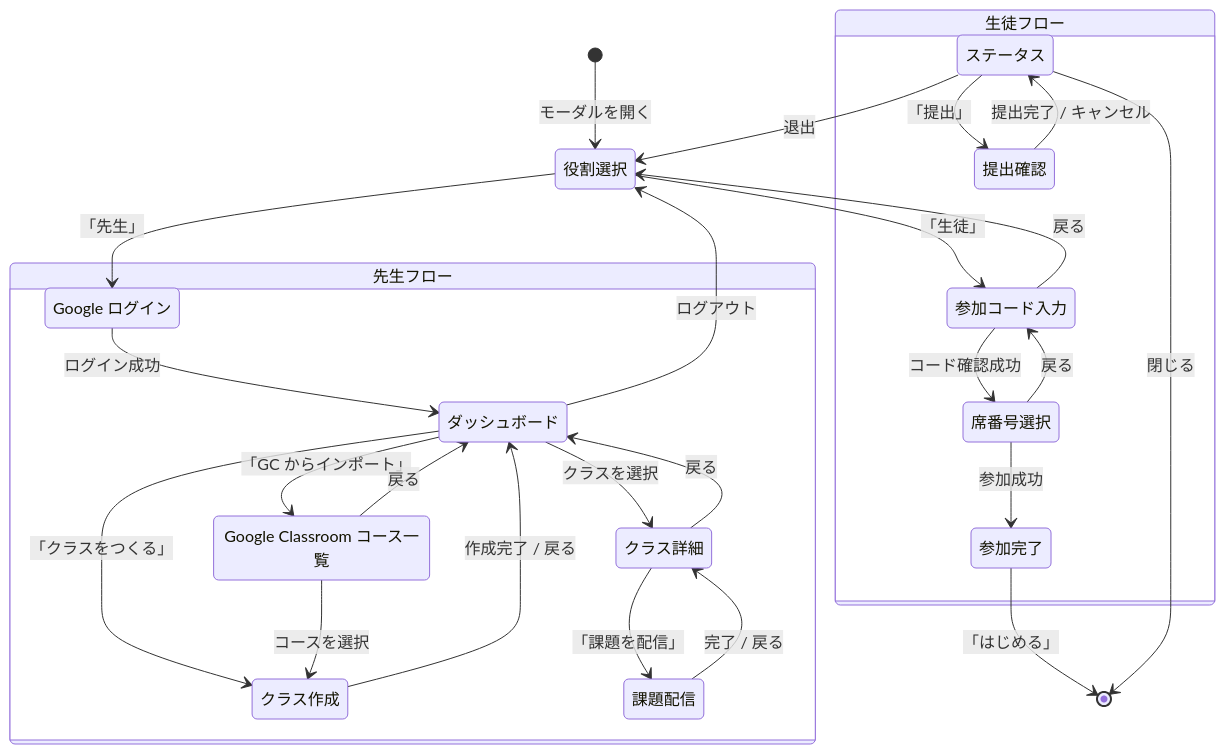
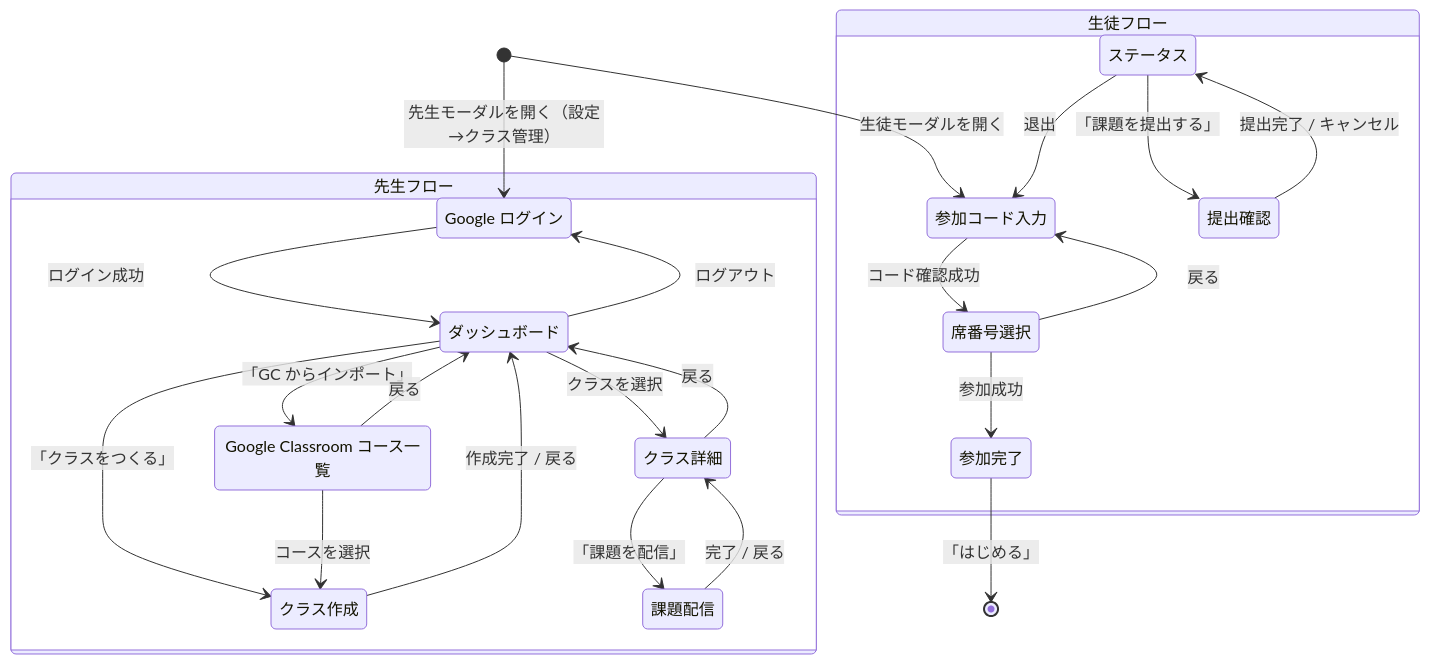
One commit to smalruby/smalruby3-editor changed the diagram in docs/classroom/ui-ux.md. Above: the diagram before and after it, drawn with Mermaid. The commit also changed other lines of this file and 10 other files, not shown here.

````diff
--- a/docs/classroom/ui-ux.md
+++ b/docs/classroom/ui-ux.md
@@ -5,47 +5,42 @@
 ```mermaid
 stateDiagram-v2
-    [*] --> role_select: モーダルを開く
-
-    state "役割選択" as role_select
     state "先生フロー" as teacher {
         state "Google ログイン" as teacher_login
         state "ダッシュボード" as teacher_dashboard
         state "クラス作成" as teacher_create
         state "クラス詳細" as teacher_detail
         state "Google Classroom コース一覧" as teacher_gc
         state "課題配信" as teacher_post
     }
     state "生徒フロー" as student {
         state "参加コード入力" as student_join
         state "席番号選択" as student_seat
         state "参加完了" as student_joined
         state "ステータス" as student_status
         state "提出確認" as student_confirm
     }
 
-    role_select --> teacher_login: 「先生」
-    role_select --> student_join: 「生徒」
+    [*] --> student_join: 生徒モーダルを開く
+    [*] --> teacher_login: 先生モーダルを開く（設定→クラス管理）
 
     teacher_login --> teacher_dashboard: ログイン成功
     teacher_dashboard --> teacher_create: 「クラスをつくる」
     teacher_dashboard --> teacher_detail: クラスを選択
     teacher_dashboard --> teacher_gc: 「GC からインポート」
-    teacher_dashboard --> role_select: ログアウト
+    teacher_dashboard --> teacher_login: ログアウト
     teacher_create --> teacher_dashboard: 作成完了 / 戻る
     teacher_detail --> teacher_dashboard: 戻る
     teacher_detail --> teacher_post: 「課題を配信」
     teacher_post --> teacher_detail: 完了 / 戻る
     teacher_gc --> teacher_create: コースを選択
     teacher_gc --> teacher_dashboard: 戻る
 
     student_join --> student_seat: コード確認成功
-    student_join --> role_select: 戻る
     student_seat --> student_joined: 参加成功
     student_seat --> student_join: 戻る
     student_joined --> [*]: 「はじめる」
 
-    student_status --> student_confirm: 「提出」
-    student_status --> role_select: 退出
-    student_status --> [*]: 閉じる
+    student_status --> student_confirm: 「課題を提出する」
+    student_status --> student_join: 退出
     student_confirm --> student_status: 提出完了 / キャンセル
 ```
````
